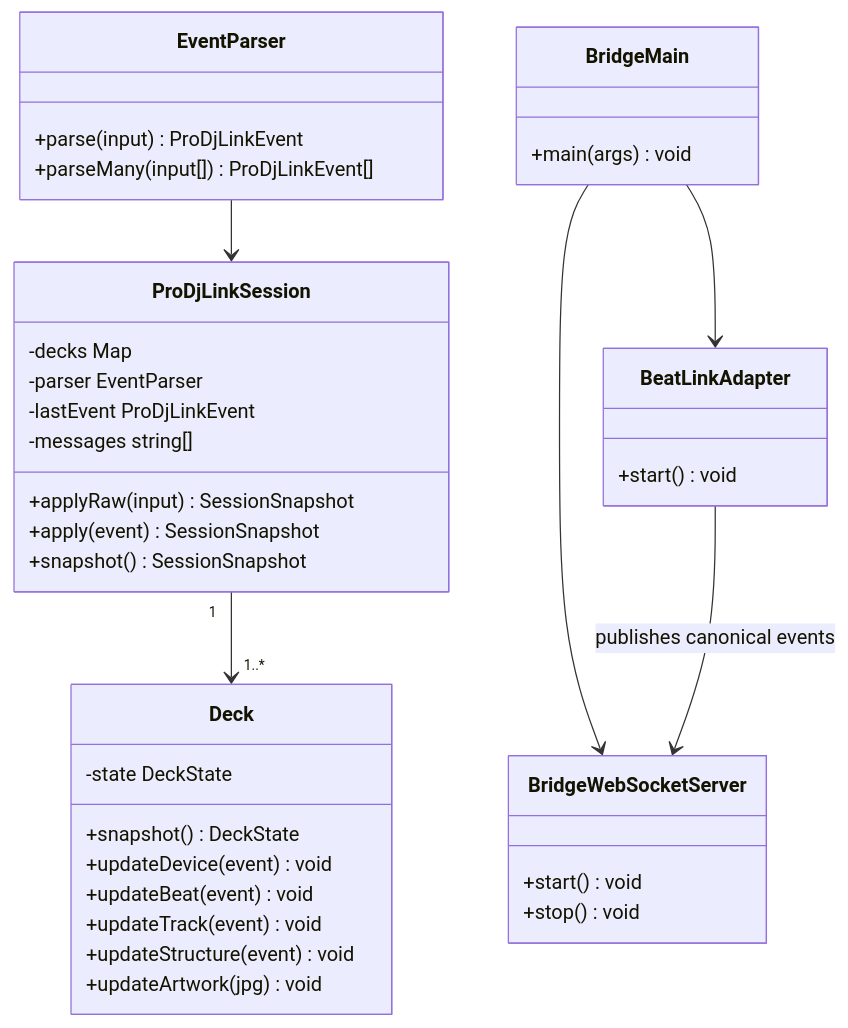
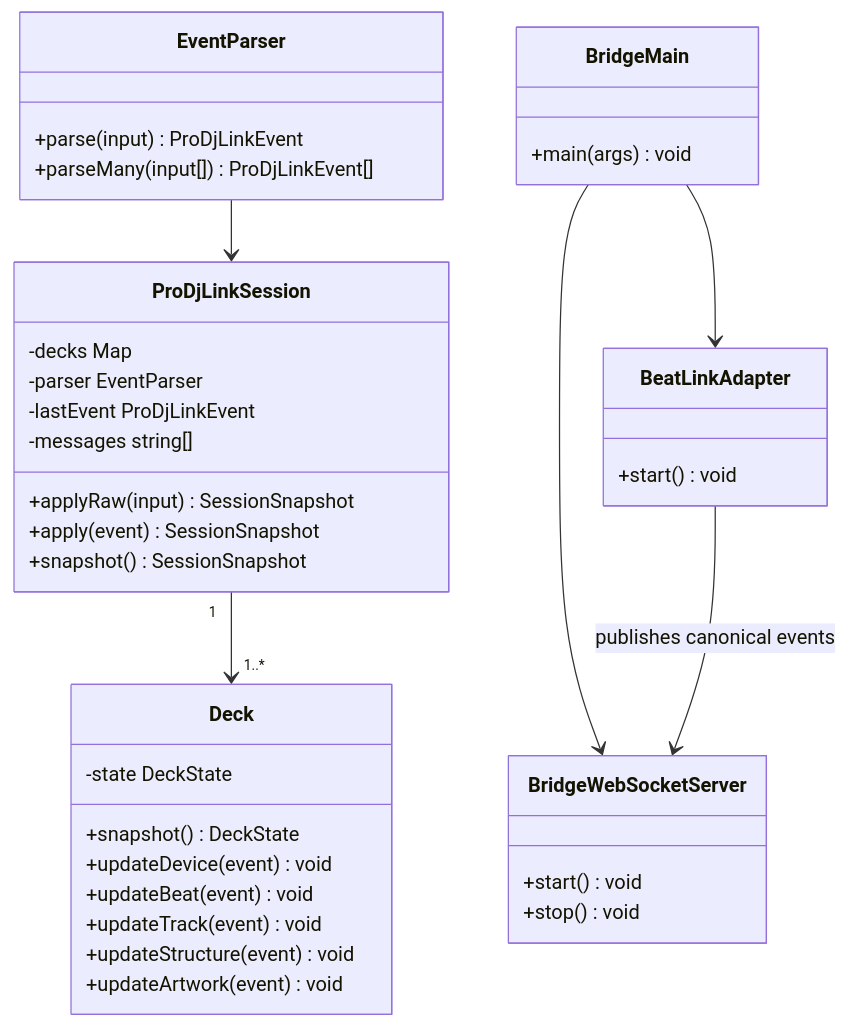
One commit to wearesolutionarchitects/prodj-beats changed the second of 2 diagrams in src/content/docs/developer/README.md. Above: the diagram before and after it, drawn with Mermaid. The commit also changed other lines of this file and 20 other files, not shown here.

````diff
--- a/src/content/docs/developer/README.md
+++ b/src/content/docs/developer/README.md
@@ -28,46 +28,46 @@
 ```mermaid
 classDiagram
   class EventParser {
     +parse(input) ProDjLinkEvent
     +parseMany(input[]) ProDjLinkEvent[]
   }
 
   class ProDjLinkSession {
     -decks Map
     -parser EventParser
     -lastEvent ProDjLinkEvent
     -messages string[]
     +applyRaw(input) SessionSnapshot
     +apply(event) SessionSnapshot
     +snapshot() SessionSnapshot
   }
 
   class Deck {
     -state DeckState
     +snapshot() DeckState
     +updateDevice(event) void
     +updateBeat(event) void
     +updateTrack(event) void
     +updateStructure(event) void
-    +updateArtwork(jpg) void
+    +updateArtwork(event) void
   }
 
   class BridgeMain {
     +main(args) void
   }
 
   class BeatLinkAdapter {
     +start() void
   }
 
   class BridgeWebSocketServer {
     +start() void
     +stop() void
   }
 
   EventParser --> ProDjLinkSession
   ProDjLinkSession "1" --> "1..*" Deck
   BridgeMain --> BeatLinkAdapter
   BridgeMain --> BridgeWebSocketServer
   BeatLinkAdapter --> BridgeWebSocketServer : publishes canonical events
 ```
````
